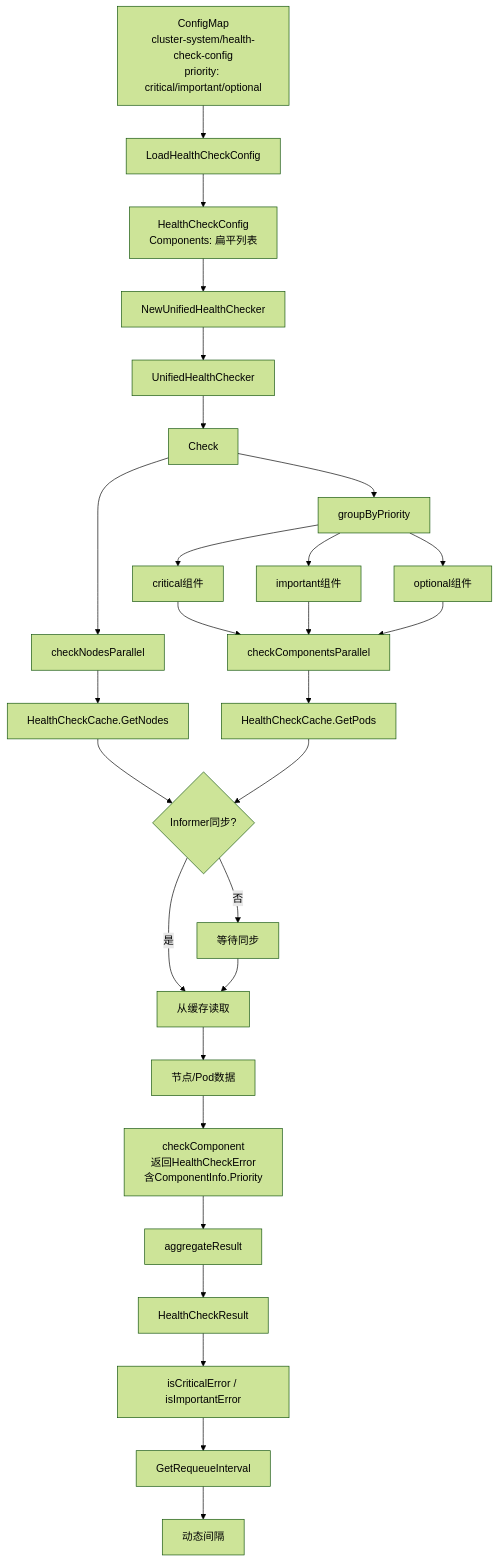
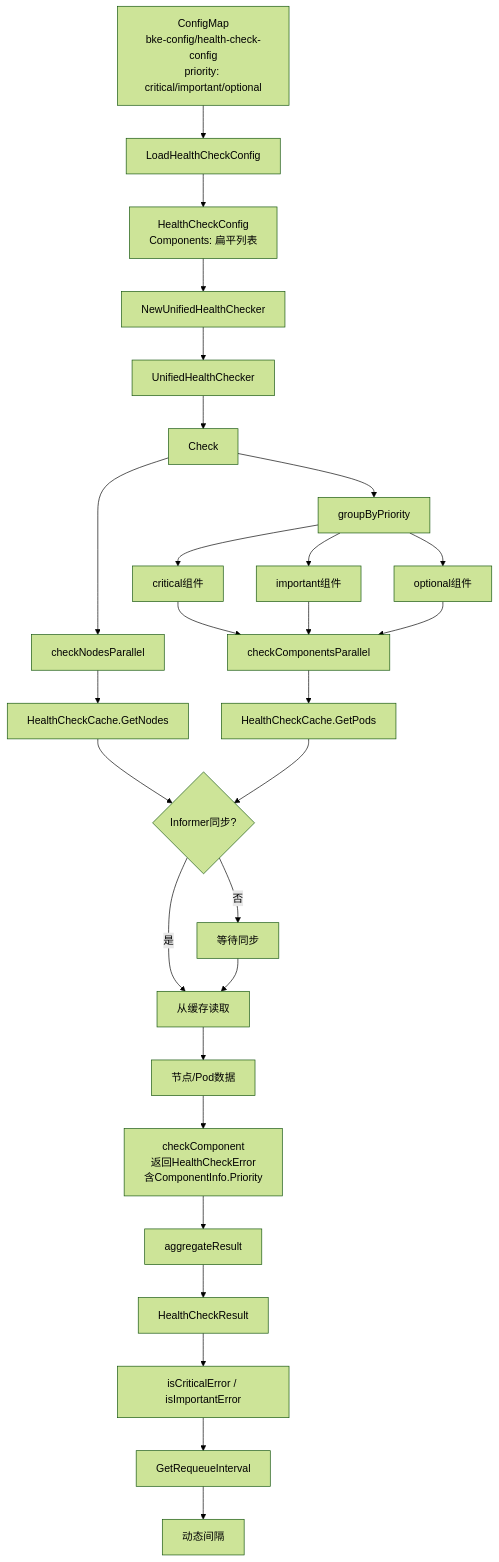
One commit to javadoors/cluster-api-provider-bke changed the fifth of 10 diagrams in code/performance/report/health-check-convergence.md. Above: the diagram before and after it, drawn with Mermaid (forest theme). The commit also changed other lines of this file, not shown here.

First line of the commit message:
docs: 更新健康检查配置命名空间为 bke-config

````diff
--- a/code/performance/report/health-check-convergence.md
+++ b/code/performance/report/health-check-convergence.md
@@ -1270,38 +1274,38 @@
 ```mermaid
 graph TD
-    A[ConfigMap<br/>cluster-system/health-check-config<br/>priority: critical/important/optional] --> B[LoadHealthCheckConfig]
+    A[ConfigMap<br/>bke-config/health-check-config<br/>priority: critical/important/optional] --> B[LoadHealthCheckConfig]
     B --> C[HealthCheckConfig<br/>Components: 扁平列表]
     
     C --> D[NewUnifiedHealthChecker]
     D --> E[UnifiedHealthChecker]
     
     E --> F[Check]
     F --> G[checkNodesParallel]
     F --> H[groupByPriority]
     H --> H1[critical组件]
     H --> H2[important组件]
     H --> H3[optional组件]
     H1 --> I[checkComponentsParallel]
     H2 --> I
     H3 --> I
     
     G --> J[HealthCheckCache.GetNodes]
     I --> K[HealthCheckCache.GetPods]
     
     J --> L{Informer同步?}
     L -->|是| M[从缓存读取]
     L -->|否| N[等待同步]
     N --> M
     
     K --> L
     
     M --> U[节点/Pod数据]
     
     U --> V[checkComponent<br/>返回HealthCheckError<br/>含ComponentInfo.Priority]
     V --> W[aggregateResult]
     W --> X[HealthCheckResult]
     
     X --> Y[isCriticalError / isImportantError]
     Y --> Z[GetRequeueInterval]
     Z --> AA[动态间隔]
 ```
````
